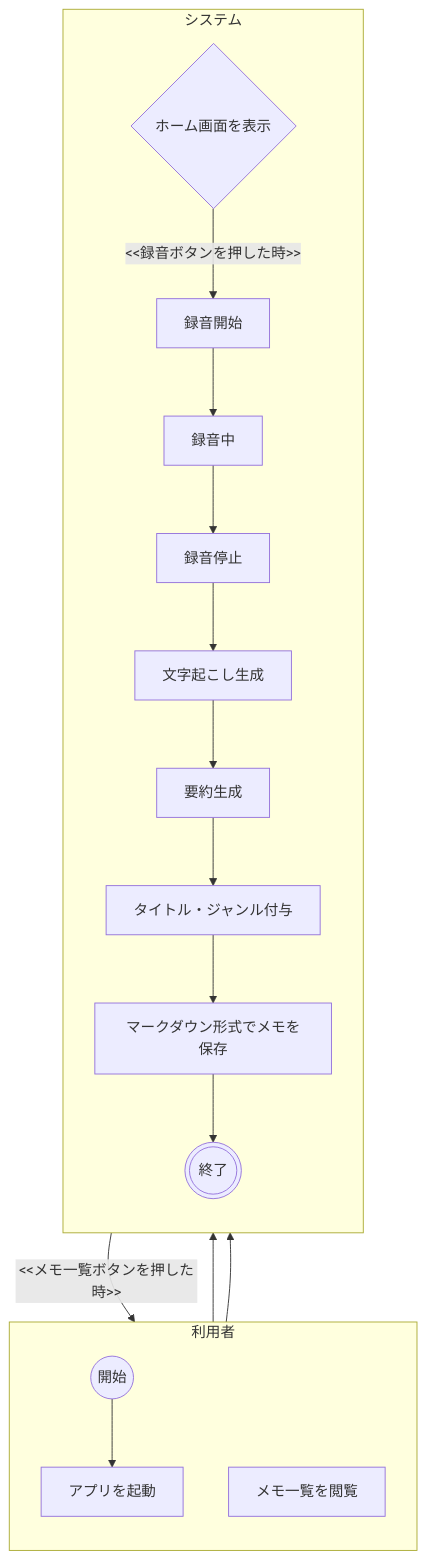
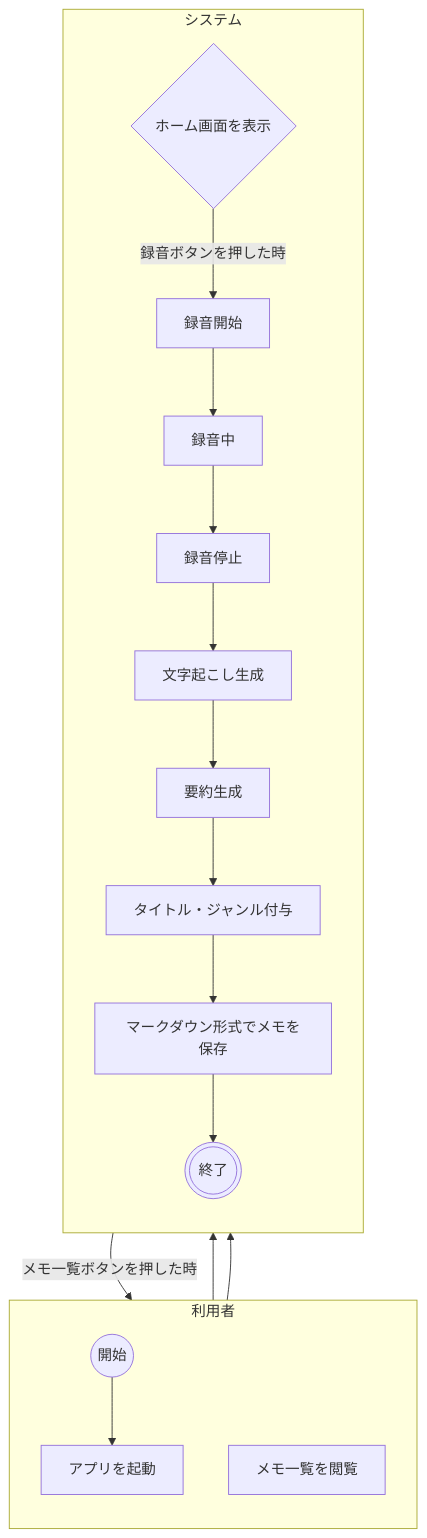
The diagram in src/Voicememo-activity.md (assari-harassment/voicebooklm-docs), drawn with Mermaid before and after one commit.

Commit message:
fix: Correct Mermaid syntax in Voicememo-activity.md

````diff
--- a/src/Voicememo-activity.md
+++ b/src/Voicememo-activity.md
@@ -1,55 +1,55 @@
 ```mermaid
 %% グラフの方向を上から下へ指定
 flowchart TD
 
     %% スイムレーン：利用者
     subgraph User [利用者]
         direction TB
         Start((開始))
         Launch[アプリを起動]
         MemoView[メモ一覧を閲覧]
     end
 
     %% スイムレーン：システム
     subgraph System [システム]
         direction TB
         
         %% 条件分岐（ひし形）
         Branch{ホーム画面を表示}
         
         RecStart[録音開始]
         RecIng[録音中]
         RecStop[録音停止]
         Transcribe[文字起こし生成]
         Summarize[要約生成]
         AddTitle[タイトル・ジャンル付与]
         SaveMarkdown[マークダウン形式でメモを保存]
         
         End(((終了)))
     end
 
     %% 処理の流れ（フロー）の定義
     
     %% 開始 -> アプリ起動 -> ホーム画面表示
     Start --> Launch
     Launch --> Branch
 
     %% 分岐処理
     %% ケース1：メモ一覧ボタンを押した時（利用者側へ遷移）
-    Branch -- "<<メモ一覧ボタンを押した時>>" --> MemoView
+    Branch -- "メモ一覧ボタンを押した時" --> MemoView
     
     %% ケース2：録音ボタンを押した時（システム側で処理継続）
-    Branch -- "<<録音ボタンを押した時>>" --> RecStart
+    Branch -- "録音ボタンを押した時" --> RecStart
 
     %% 録音フロー
     RecStart --> RecIng
     RecIng --> RecStop
     RecStop --> Transcribe
     Transcribe --> Summarize
     Summarize --> AddTitle
     AddTitle --> SaveMarkdown
 
     %% 終了処理への合流
     MemoView --> End
     SaveMarkdown --> End
 ```
````
